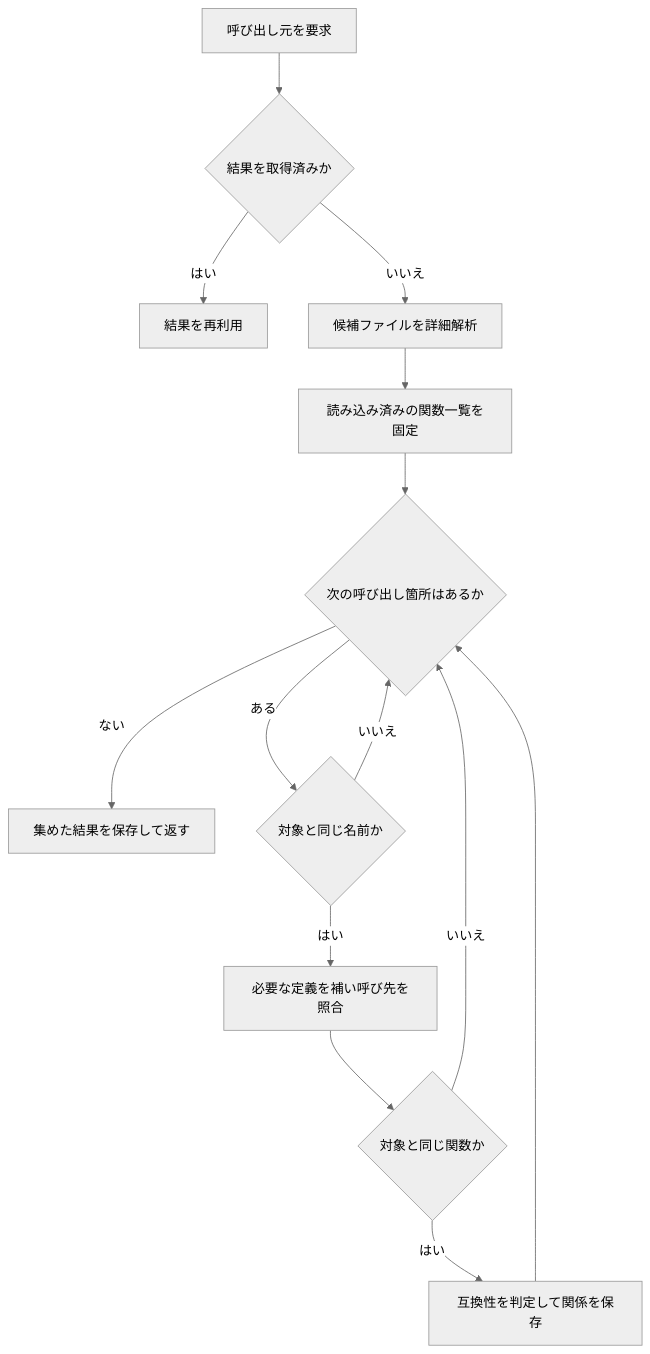
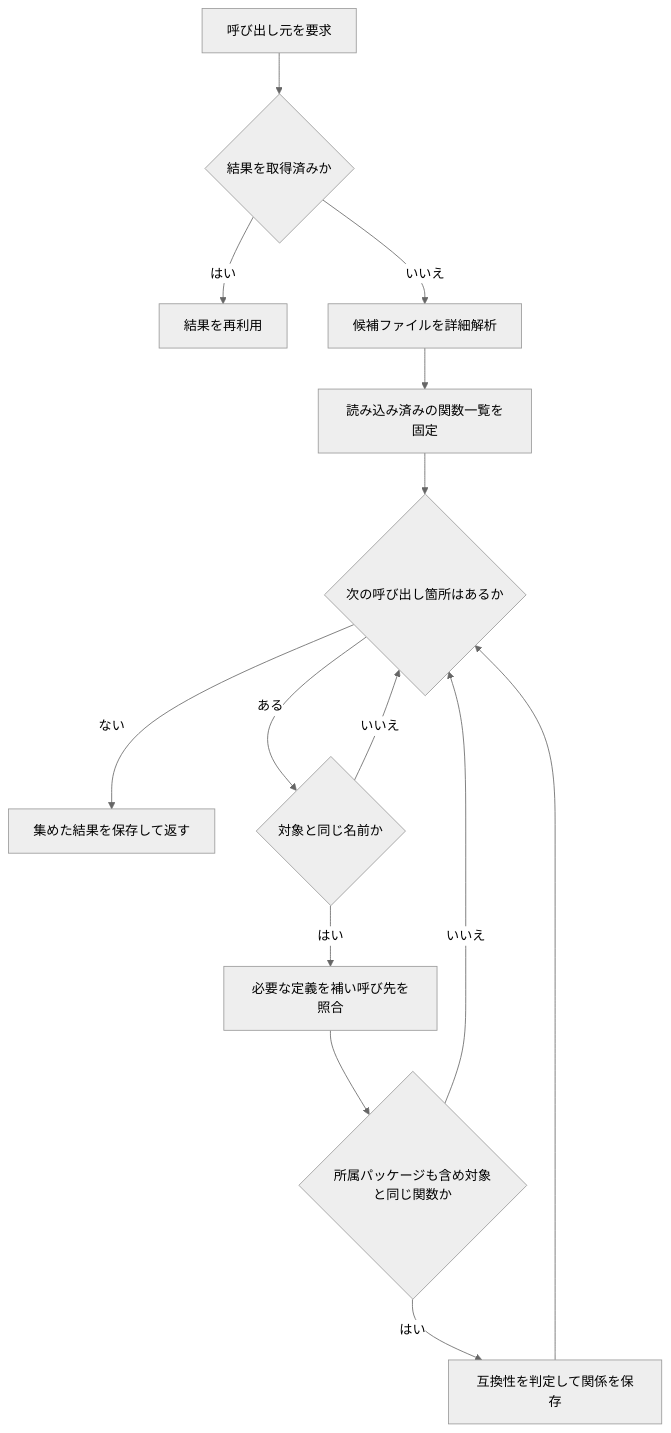
The second of 3 diagrams in docs/how-it-works.md (meian/rev-callgraph), drawn with Mermaid (neutral theme) before and after one commit. The commit also changed other lines of this file and 11 other files, not shown here.

````diff
--- a/docs/how-it-works.md
+++ b/docs/how-it-works.md
@@ -80,16 +83,16 @@
 ```mermaid
 flowchart TD
     Start[呼び出し元を要求] --> Cache{結果を取得済みか}
     Cache -->|はい| Return[結果を再利用]
     Cache -->|いいえ| Load[候補ファイルを詳細解析]
     Load --> Calls[読み込み済みの関数一覧を固定]
     Calls --> Next{次の呼び出し箇所はあるか}
     Next -->|ない| Save[集めた結果を保存して返す]
     Next -->|ある| Name{対象と同じ名前か}
     Name -->|いいえ| Next
     Name -->|はい| Resolve[必要な定義を補い呼び先を照合]
-    Resolve --> Match{対象と同じ関数か}
+    Resolve --> Match{所属パッケージも含め対象と同じ関数か}
     Match -->|いいえ| Next
     Match -->|はい| Judge[互換性を判定して関係を保存]
     Judge --> Next
 ```
````
